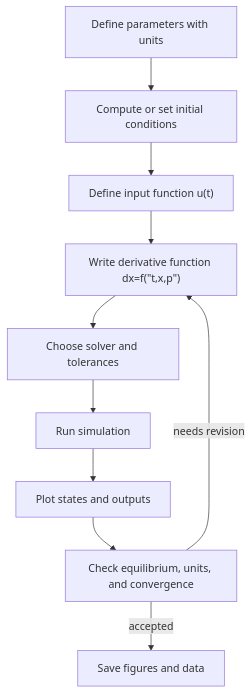
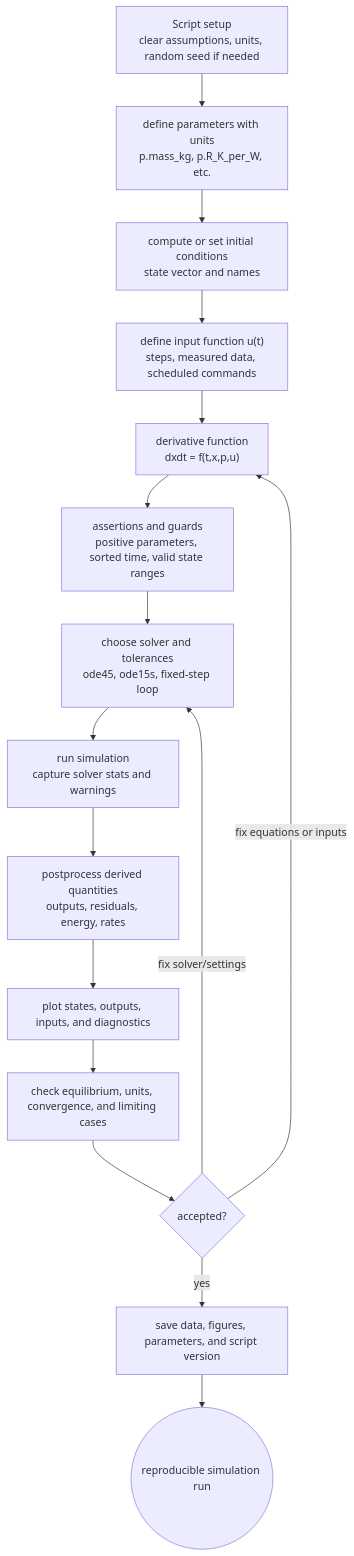
Before and after one commit to justinbrianhwang/SJ-wiki: the diagram in docs/physics/simulation/matlab-scripting-for-simulation.md, drawn with Mermaid. The commit also changed other lines of this file and 1858 other files, not shown here.

Commit message:
Upgrade Mermaid diagrams to real architecture level across DL/CS-systems/CS-applied/QIS/Physics+Math+Chem (~728 mermaid blocks total): detailed sublayers, residuals, dimensions, shape transitions, subgraph grouping

````diff
--- a/docs/physics/simulation/matlab-scripting-for-simulation.md
+++ b/docs/physics/simulation/matlab-scripting-for-simulation.md
@@ -85,12 +85,18 @@
 ```mermaid
 flowchart TD
-  A[Define parameters with units] --> B[Compute or set initial conditions]
-  B --> C["Define input function u(t)"]
-  C --> D["Write derivative function dx=f(#quot;t,x,p#quot;)"]
-  D --> E[Choose solver and tolerances]
-  E --> F[Run simulation]
-  F --> G[Plot states and outputs]
-  G --> H["Check equilibrium, units, and convergence"]
-  H -->|needs revision| D
-  H -->|accepted| I[Save figures and data]
+  Setup["Script setup<br/>clear assumptions, units, random seed if needed"] --> Params["define parameters with units<br/>p.mass_kg, p.R_K_per_W, etc."]
+  Params --> IC["compute or set initial conditions<br/>state vector and names"]
+  IC --> Input["define input function u(t)<br/>steps, measured data, scheduled commands"]
+  Input --> RHS["derivative function<br/>dxdt = f(t,x,p,u)"]
+  RHS --> Assertions["assertions and guards<br/>positive parameters, sorted time, valid state ranges"]
+  Assertions --> Solver["choose solver and tolerances<br/>ode45, ode15s, fixed-step loop"]
+  Solver --> Run["run simulation<br/>capture solver stats and warnings"]
+  Run --> Post["postprocess derived quantities<br/>outputs, residuals, energy, rates"]
+  Post --> Plot["plot states, outputs, inputs, and diagnostics"]
+  Plot --> Check["check equilibrium, units, convergence, and limiting cases"]
+  Check --> Decision{"accepted?"}
+  Decision -- "fix equations or inputs" --> RHS
+  Decision -- "fix solver/settings" --> Solver
+  Decision -- "yes" --> Save["save data, figures, parameters, and script version"]
+  Save --> Artifact(("reproducible simulation run"))
 ```
````
